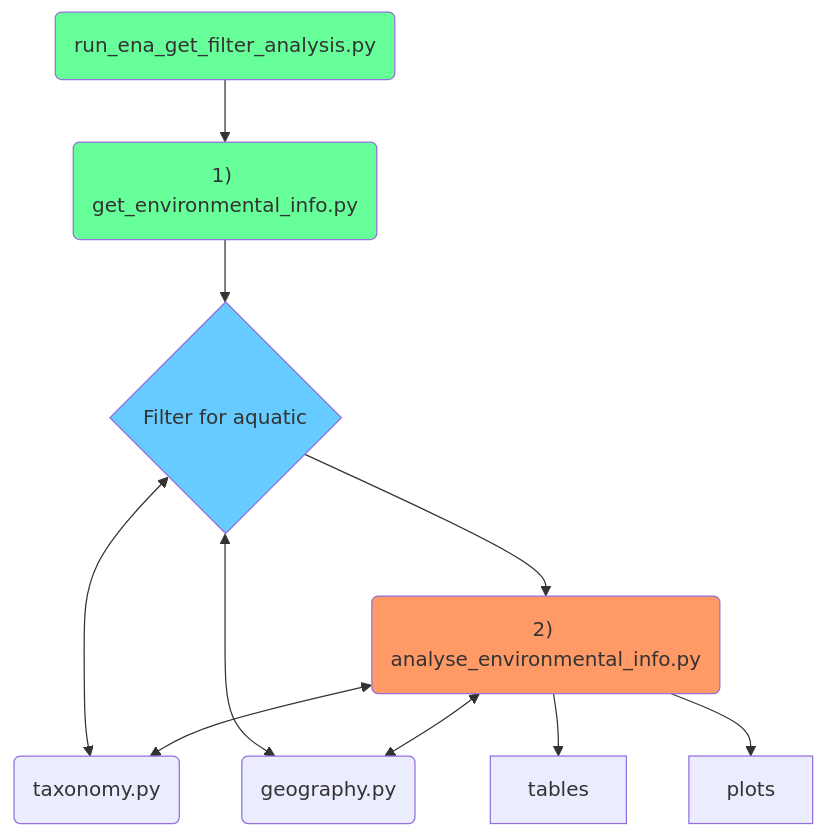
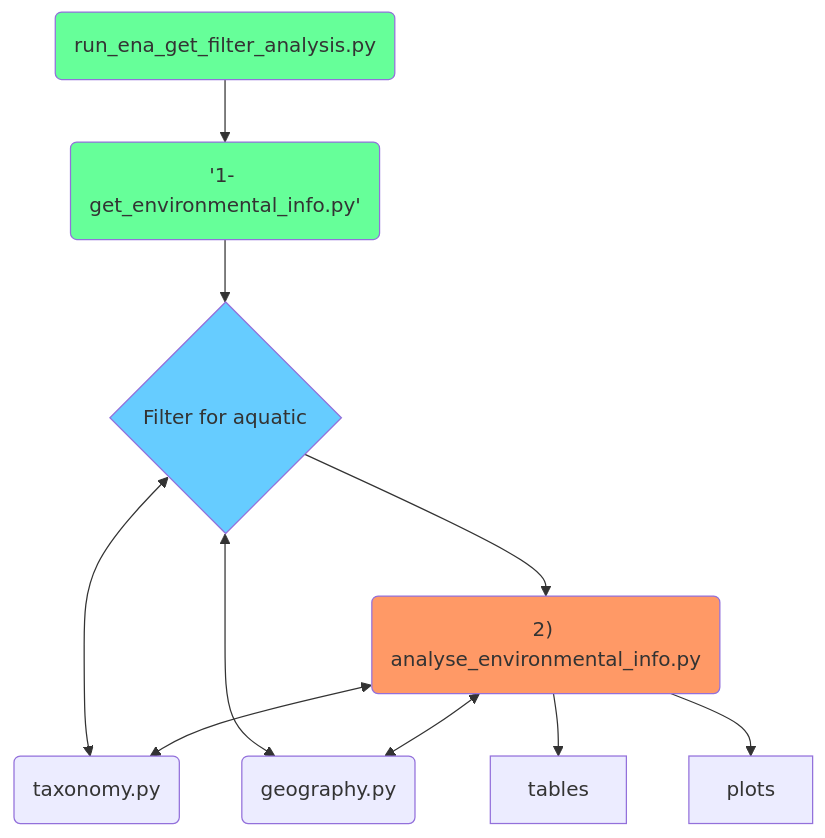
The first of 2 diagrams in README.md (Woolly-at-EBI/eDNAAqua-Plan), drawn with Mermaid before and after one commit. The commit also changed other lines of this file and 1 other file, not shown here.

````diff
--- a/README.md
+++ b/README.md
@@ -16,18 +16,18 @@
 ```mermaid
 flowchart TD
 
-      overall("run_ena_get_filter_analysis.py"):::startclass-->get("1) get_environmental_info.py"):::startclass
+      overall("run_ena_get_filter_analysis.py"):::startclass-->get('1- get_environmental_info.py'):::startclass
       Filter<-->tax("taxonomy.py")
       Filter<-->geog("geography.py")
       get-->Filter{Filter for aquatic}:::aquaticclass
       Filter-->analyse("2) analyse_environmental_info.py"):::decisionclass
       analyse<-->tax
       analyse<-->geog
       analyse-->tables["tables"]
       analyse-->plots["plots"]
 
       classDef startclass fill:#66ff99
       classDef decisionclass fill:#f96
       classDef aquaticclass fill:#66ccff
 
 ```
````
